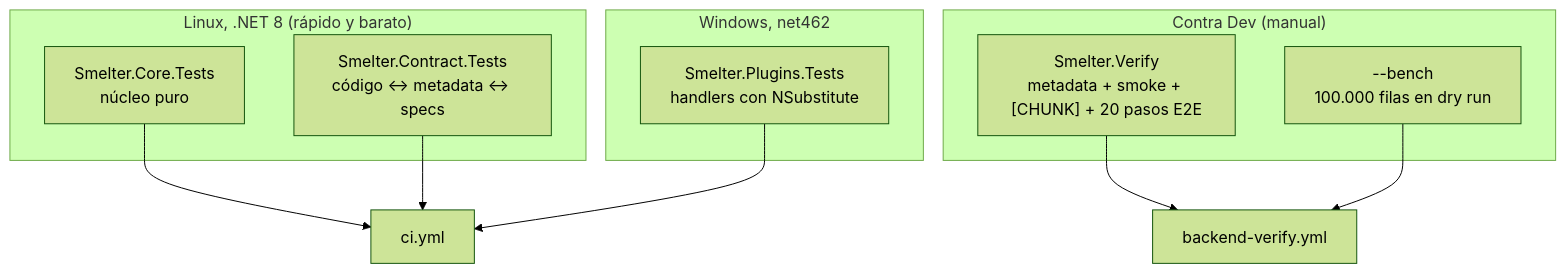
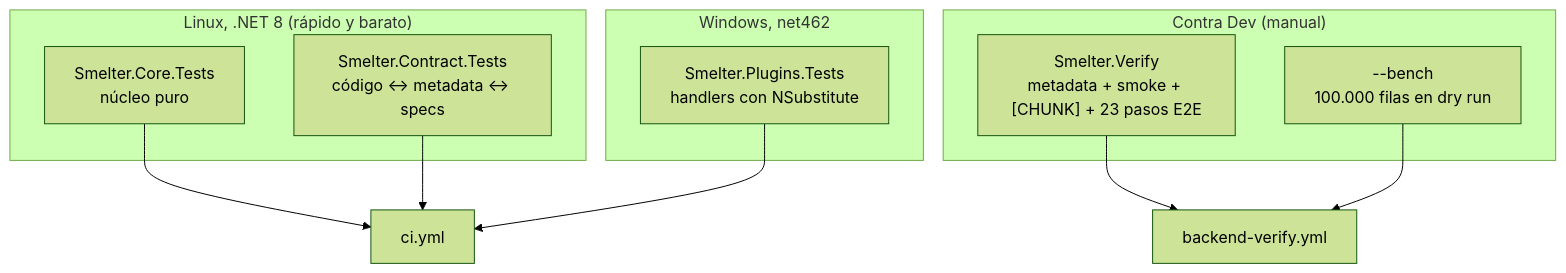
Before and after one commit to breaking-bytes-dev/smelter: the diagram in docs/tecnica/10-pruebas.md, drawn with Mermaid (forest theme). The commit also changed other lines of this file and 10 other files, not shown here.

````diff
--- a/docs/tecnica/10-pruebas.md
+++ b/docs/tecnica/10-pruebas.md
@@ -9,19 +9,19 @@
 ```mermaid
 flowchart TB
     subgraph LIN["Linux, .NET 8 (rápido y barato)"]
         CORE["Smelter.Core.Tests<br/>núcleo puro"]
         CON["Smelter.Contract.Tests<br/>código ↔ metadata ↔ specs"]
     end
     subgraph WIN["Windows, net462"]
         PLG["Smelter.Plugins.Tests<br/>handlers con NSubstitute"]
     end
     subgraph DEV["Contra Dev (manual)"]
-        VER["Smelter.Verify<br/>metadata + smoke + [CHUNK] + 20 pasos E2E"]
+        VER["Smelter.Verify<br/>metadata + smoke + [CHUNK] + 23 pasos E2E"]
         BEN["--bench<br/>100.000 filas en dry run"]
     end
     CORE --> CI["ci.yml"]
     CON --> CI
     PLG --> CI
     VER --> BV["backend-verify.yml"]
     BEN --> BV
 ```
````
